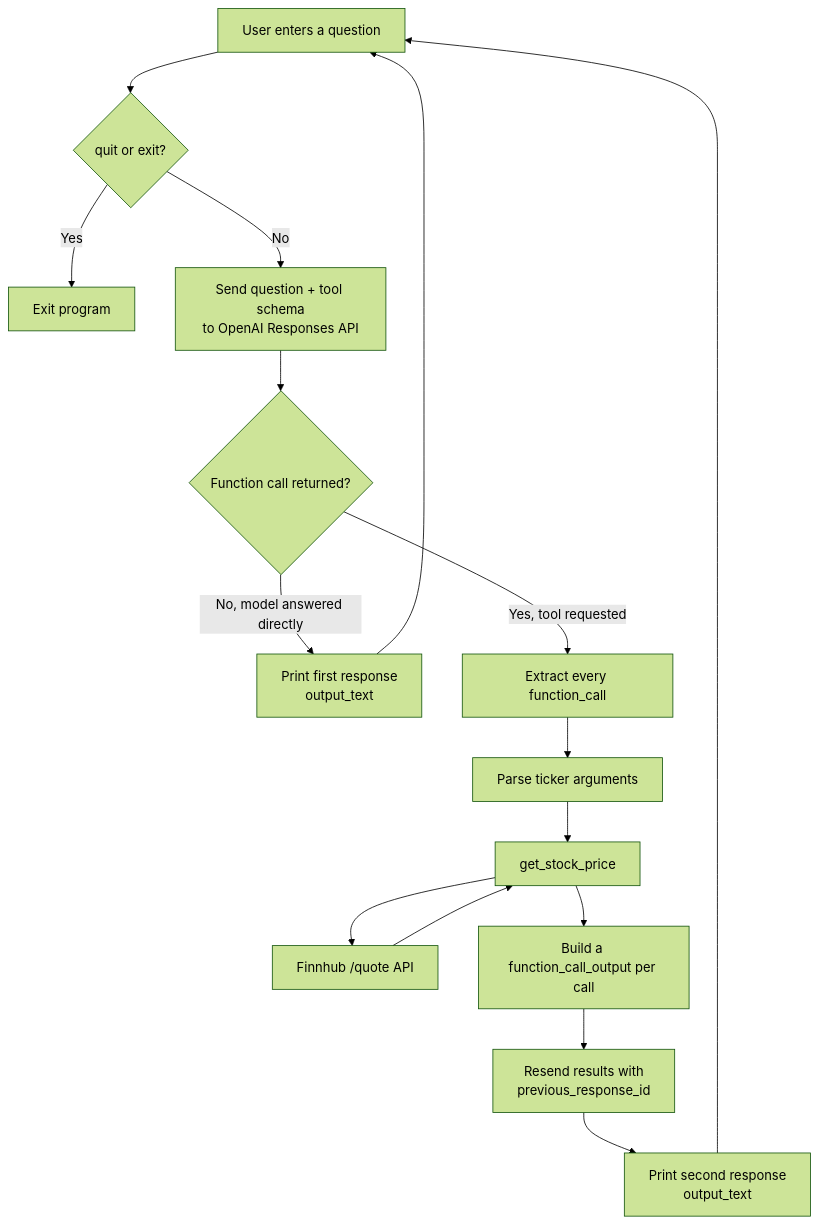
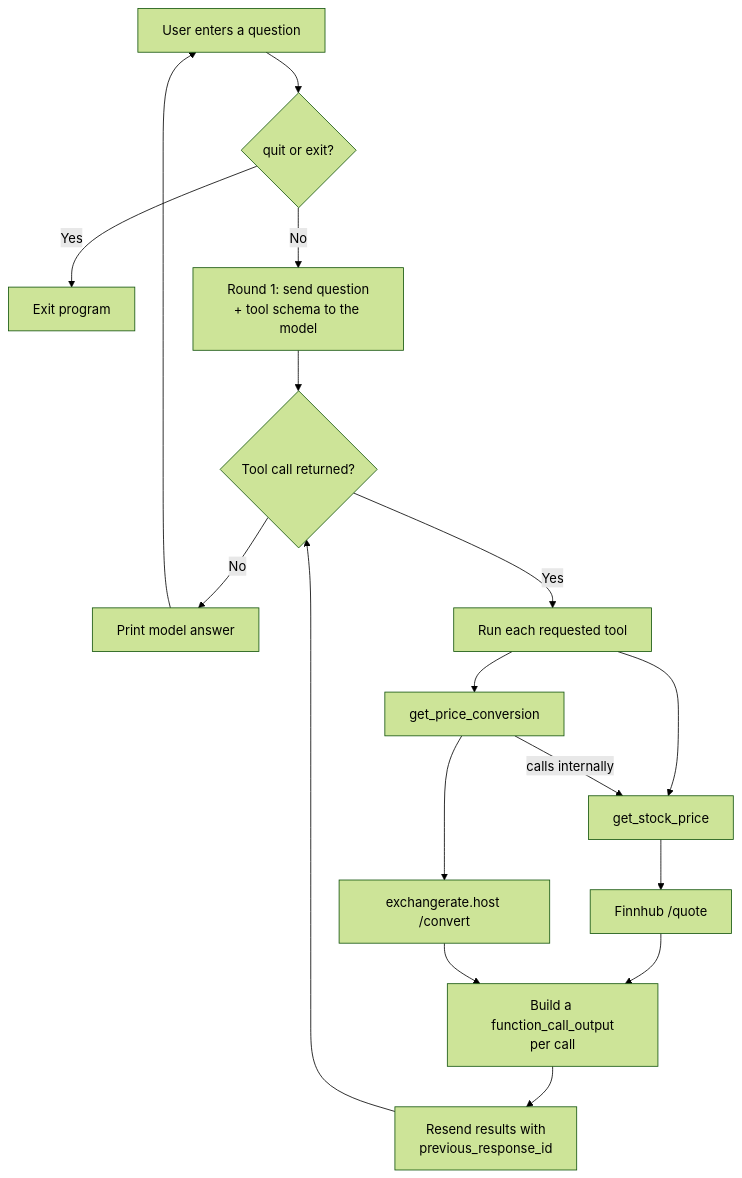
The first of 2 diagrams in ToolCalling/README.md (KiranGunturu/GenAI), drawn with Mermaid (forest theme) before and after one commit. The commit also changed other lines of this file and 4 other files, not shown here.

````diff
--- a/ToolCalling/README.md
+++ b/ToolCalling/README.md
@@ -19,18 +22,19 @@
 ```mermaid
 flowchart TD
     A["User enters a question"] --> B{"quit or exit?"}
     B -->|Yes| Z["Exit program"]
-    B -->|No| C["Send question + tool schema<br/>to OpenAI Responses API"]
-    C --> D{"Function call returned?"}
-    D -->|No, model answered directly| E1["Print first response<br/>output_text"]
-    D -->|Yes, tool requested| F["Extract every function_call"]
-    F --> G["Parse ticker arguments"]
-    G --> H["get_stock_price"]
-    H --> I["Finnhub /quote API"]
-    I --> H
-    H --> J["Build a function_call_output per call"]
-    J --> K["Resend results with<br/>previous_response_id"]
-    K --> E2["Print second response<br/>output_text"]
-    E1 --> A
-    E2 --> A
+    B -->|No| C["Round 1: send question<br/>+ tool schema to the model"]
+    C --> D{"Tool call returned?"}
+    D -->|No| P["Print model answer"]
+    P --> A
+    D -->|Yes| E["Run each requested tool"]
+    E --> T1["get_stock_price"]
+    E --> T2["get_price_conversion"]
+    T2 -->|calls internally| T1
+    T1 --> FH["Finnhub /quote"]
+    T2 --> EX["exchangerate.host /convert"]
+    FH --> R["Build a function_call_output<br/>per call"]
+    EX --> R
+    R --> S["Resend results with<br/>previous_response_id"]
+    S --> D
 ```
````
